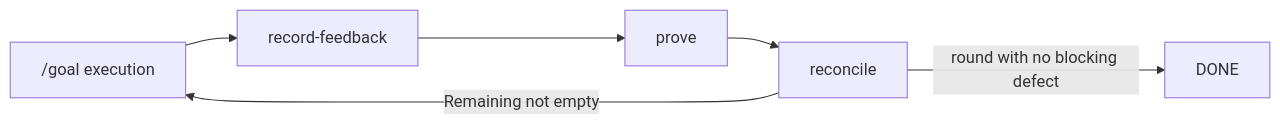
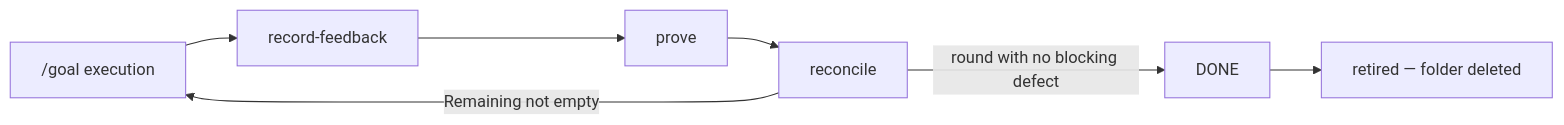
Before and after one commit to tailrocks/tailrocks-skills: the diagram in docs/content/docs/delivery/macos-app.mdx, drawn with Mermaid. The commit also changed other lines of this file and 70 other files, not shown here.

````diff
--- a/docs/content/docs/delivery/macos-app.mdx
+++ b/docs/content/docs/delivery/macos-app.mdx
@@ -422,6 +422,6 @@
 ```mermaid
 flowchart LR
   exec["/goal execution"] --> feedback["record-feedback"] --> prove --> reconcile
   reconcile -->|"Remaining not empty"| exec
-  reconcile -->|"round with no blocking defect"| done["DONE"]
+  reconcile -->|"round with no blocking defect"| done["DONE"] --> retire["retired — folder deleted"]
 ```
````
